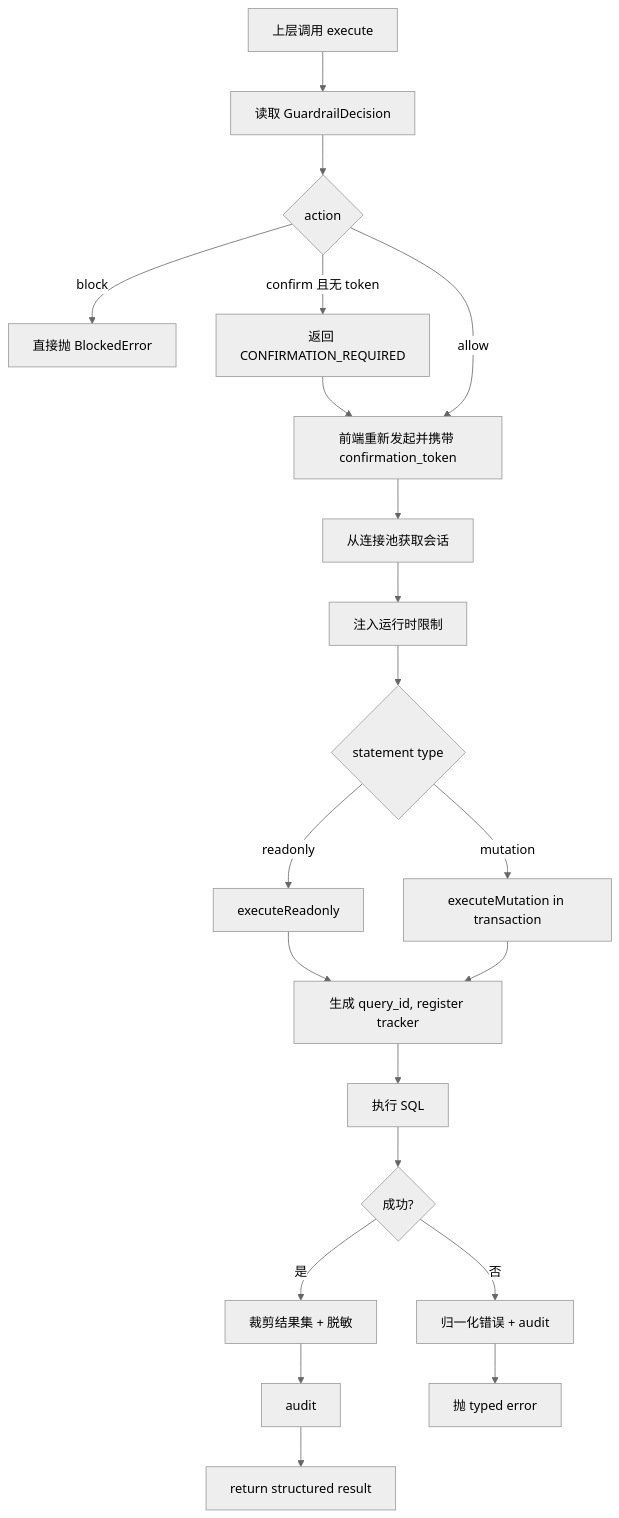
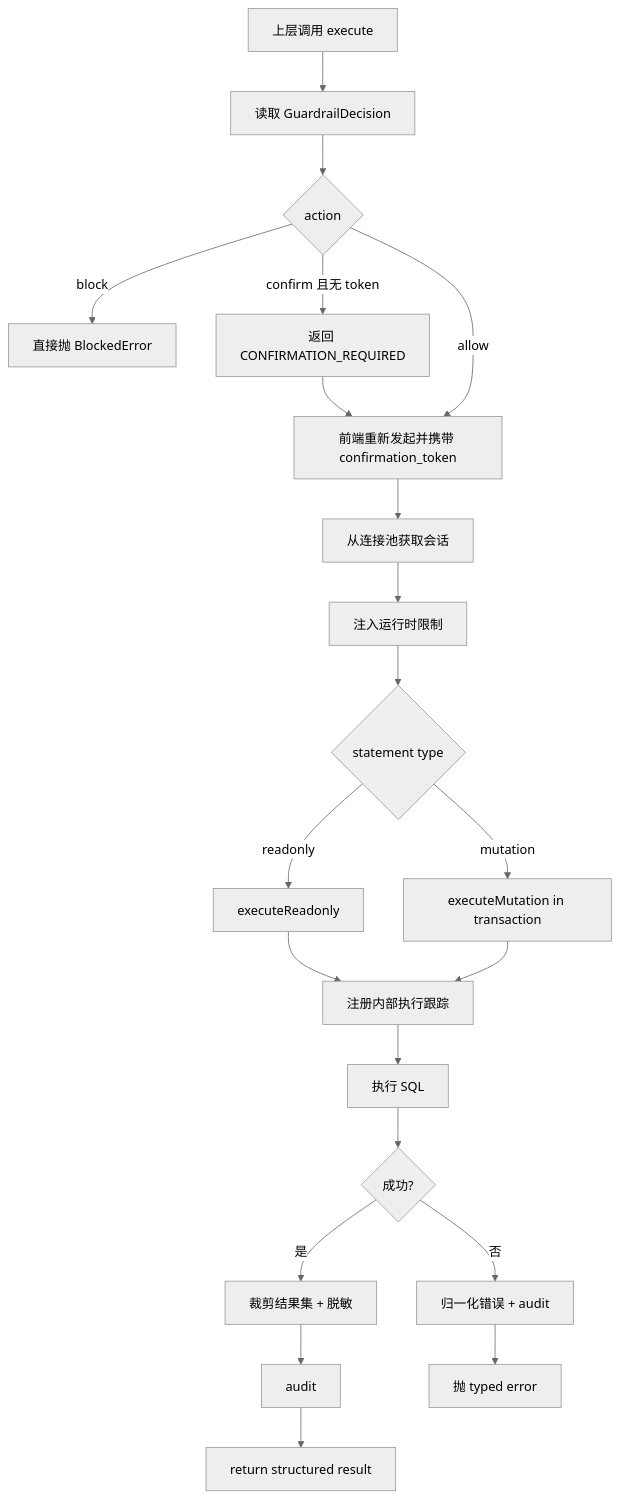
Before and after one commit to youweichen0208/taurus-mcp-server: the fifth of 6 diagrams in docs/architecture.md, drawn with Mermaid (neutral theme). The commit also changed other lines of this file and 29 other files, not shown here.

````diff
--- a/docs/architecture.md
+++ b/docs/architecture.md
@@ -809,23 +803,23 @@
 ```mermaid
 flowchart TB
   A[上层调用 execute] --> B[读取 GuardrailDecision]
   B --> C{action}
   C -->|block| D[直接抛 BlockedError]
   C -->|confirm 且无 token| E[返回 CONFIRMATION_REQUIRED]
   E --> G[前端重新发起并携带 confirmation_token]
   C -->|allow| G
   G --> H[从连接池获取会话]
   H --> I[注入运行时限制]
   I --> J{statement type}
   J -->|readonly| K[executeReadonly]
   J -->|mutation| L[executeMutation in transaction]
-  K --> M[生成 query_id, register tracker]
+  K --> M[注册内部执行跟踪]
   L --> M
   M --> N[执行 SQL]
   N --> O{成功?}
   O -->|否| P[归一化错误 + audit]
   O -->|是| Q[裁剪结果集 + 脱敏]
   Q --> R[audit]
   P --> S[抛 typed error]
   R --> T[return structured result]
 ```
````
